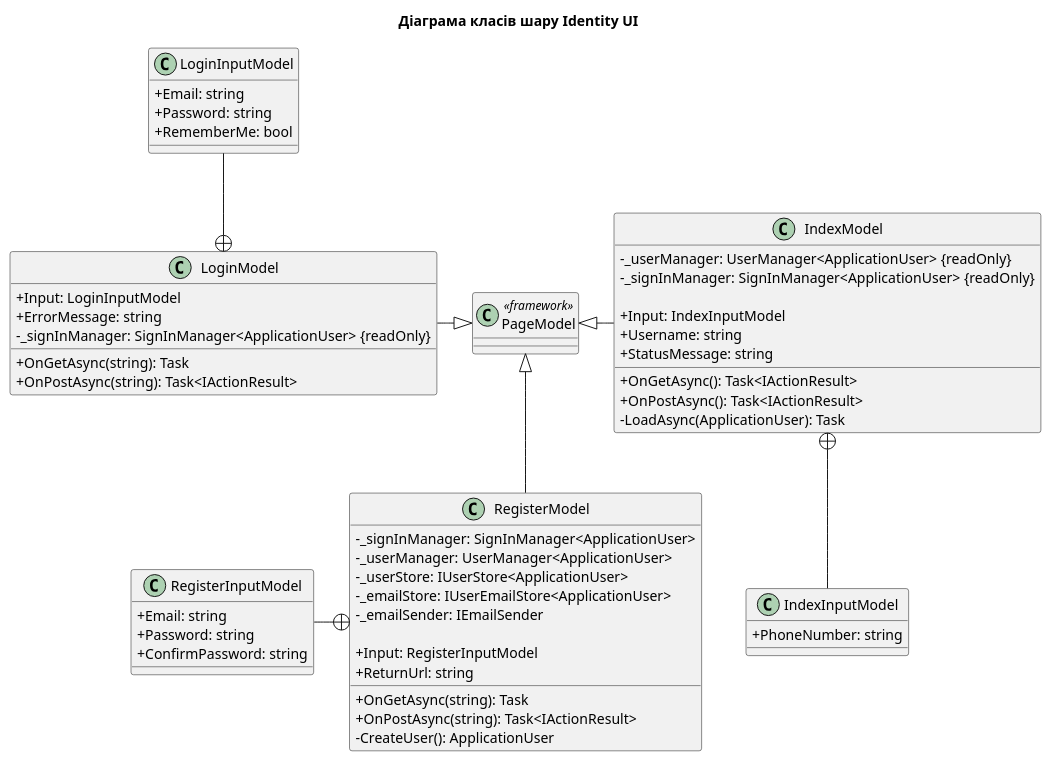
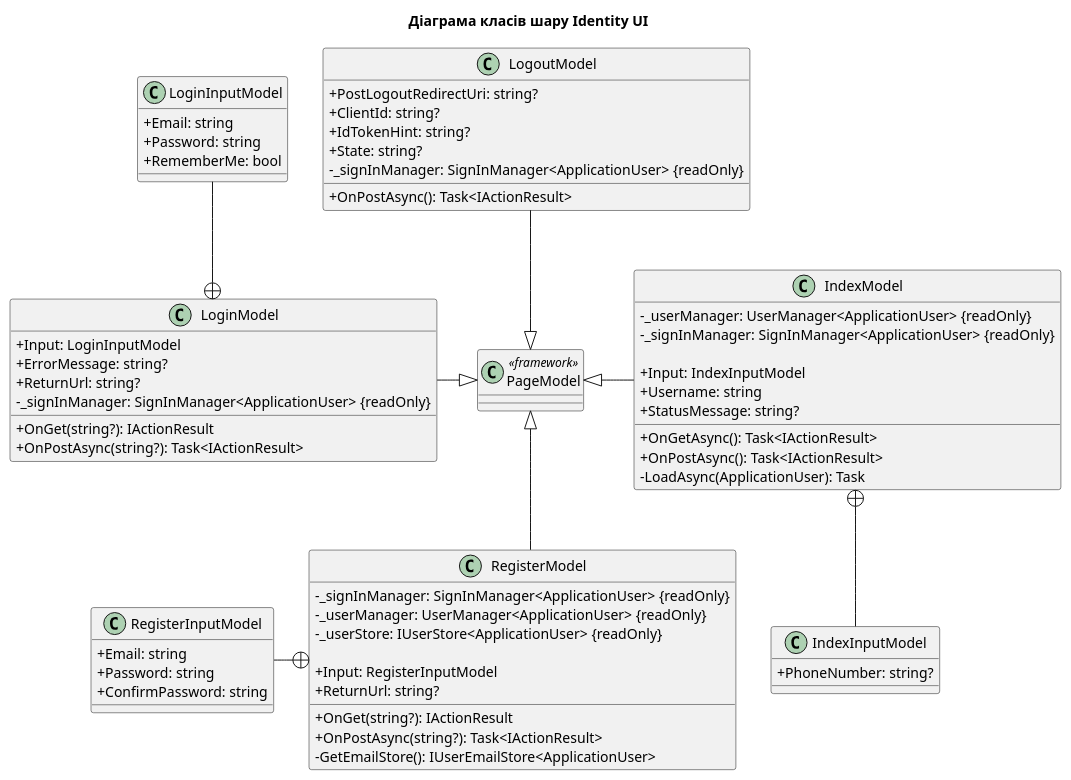
Before and after one commit to AyTee001/AuthProvider: the diagram in Docs/classes/identity_ui_layer_class_diagram.puml, drawn with PlantUML. The commit also changed 5 other files, not shown here.

Commit message:
Refactor class diagrams

```diff
--- a/Docs/classes/identity_ui_layer_class_diagram.puml
+++ b/Docs/classes/identity_ui_layer_class_diagram.puml
@@ -1,75 +1,89 @@
 @startuml "Identity UI Layer Class Diagram"
 title "Діаграма класів шару Identity UI"
 
 skinparam linetype ortho
 skinparam classAttributeIconSize 0
 
 ' --- Identity Pages ---
 class PageModel <<framework>>
 
+
 ' --- Login Model ---
 class LoginModel {
     +Input: LoginInputModel
-    +ErrorMessage: string
+    +ErrorMessage: string?
+    +ReturnUrl: string?
     - _signInManager: SignInManager<ApplicationUser> {readOnly}
 
-    +OnGetAsync(string): Task
-    +OnPostAsync(string): Task<IActionResult>
+    +OnGet(string?): IActionResult
+    +OnPostAsync(string?): Task<IActionResult>
 }
 
 class LoginInputModel {
     +Email: string
     +Password: string
     +RememberMe: bool
 }
 
 LoginModel +-up- LoginInputModel
 PageModel <|-left- LoginModel
 
+' --- Logout Model ---'
+class LogoutModel {
+    +PostLogoutRedirectUri: string?
+    +ClientId: string?
+    +IdTokenHint: string?
+    +State: string?
+    - _signInManager: SignInManager<ApplicationUser> {readOnly}
+
+    +OnPostAsync(): Task<IActionResult>
+}
+
+PageModel <|-up- LogoutModel
+
+
 
 ' --- Register Model ---
 class RegisterModel {
-    - _signInManager: SignInManager<ApplicationUser>
-    - _userManager: UserManager<ApplicationUser>
-    - _userStore: IUserStore<ApplicationUser>
-    - _emailStore: IUserEmailStore<ApplicationUser>
-    - _emailSender: IEmailSender
+    - _signInManager: SignInManager<ApplicationUser> {readOnly}
+    - _userManager: UserManager<ApplicationUser> {readOnly}
+    - _userStore: IUserStore<ApplicationUser> {readOnly}
 
     +Input: RegisterInputModel
-    +ReturnUrl: string
+    +ReturnUrl: string?
 
-    +OnGetAsync(string): Task
-    +OnPostAsync(string): Task<IActionResult>
-    -CreateUser(): ApplicationUser
+    +OnGet(string?): IActionResult
+    +OnPostAsync(string?): Task<IActionResult>
+    -GetEmailStore(): IUserEmailStore<ApplicationUser>
 }
 
 class RegisterInputModel {
     +Email: string
     +Password: string
     +ConfirmPassword: string
 }
 
 RegisterModel +-left- RegisterInputModel
 PageModel <|-- RegisterModel
 
 ' --- Index Model ---
 class IndexModel {
     - _userManager: UserManager<ApplicationUser> {readOnly}
     - _signInManager: SignInManager<ApplicationUser> {readOnly}
 
     +Input: IndexInputModel
     +Username: string
-    +StatusMessage: string
+    +StatusMessage: string?
     +OnGetAsync(): Task<IActionResult>
     +OnPostAsync(): Task<IActionResult>
     -LoadAsync(ApplicationUser): Task
 }
 
 class IndexInputModel {
-    +PhoneNumber: string
+    +PhoneNumber: string?
 }
 
 IndexModel +-- IndexInputModel
 PageModel <|-right- IndexModel
 
 @enduml
```
